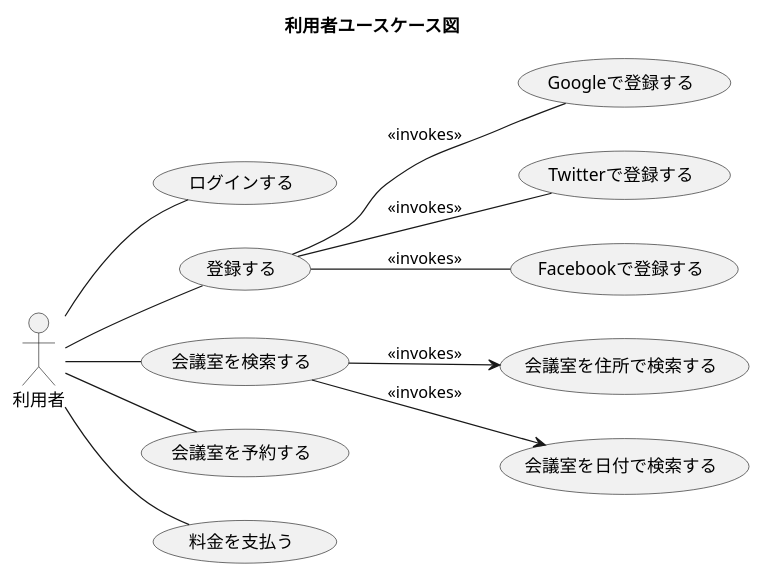
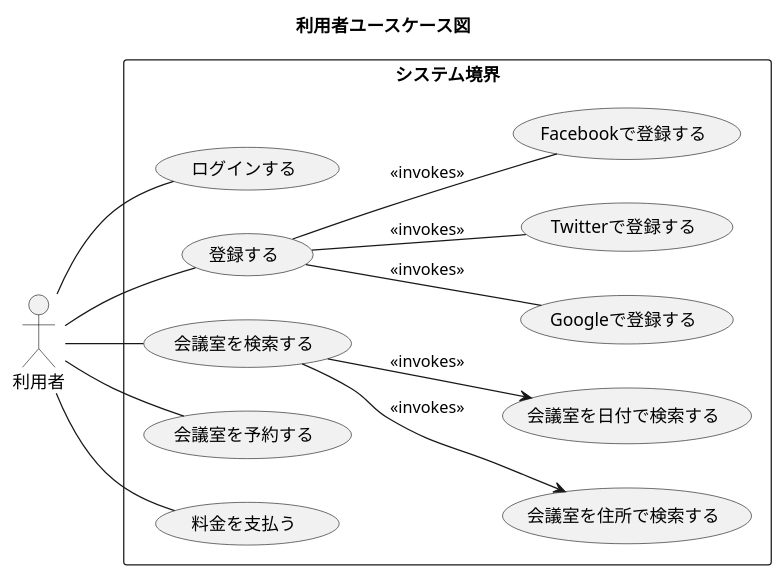
The diagram in document/2.2.0利用者ユースケース図.pu (kwhrkzk/RentalSpaceSample), drawn with PlantUML before and after one commit. The commit also changed 2 other files, not shown here.

```diff
--- a/document/2.2.0利用者ユースケース図.pu
+++ b/document/2.2.0利用者ユースケース図.pu
@@ -1,26 +1,28 @@
 @startuml
 left to right direction
 title 利用者ユースケース図
 
 actor 利用者
+rectangle システム境界 {
 usecase ログインする
 usecase 登録する
 usecase Googleで登録する
 usecase Twitterで登録する
 usecase Facebookで登録する
 usecase 会議室を検索する
 usecase 会議室を住所で検索する
 usecase 会議室を日付で検索する
 usecase 会議室を予約する
 usecase 料金を支払う
+}
 利用者 -- ログインする
 利用者 -- 登録する
 利用者 -- 会議室を検索する
 利用者 -- 会議室を予約する
 利用者 -- 料金を支払う
 会議室を検索する --> 会議室を日付で検索する : <<invokes>>
 会議室を検索する --> 会議室を住所で検索する : <<invokes>>
 登録する -- Googleで登録する : <<invokes>>
 登録する -- Twitterで登録する : <<invokes>>
 登録する -- Facebookで登録する : <<invokes>>
 @enduml
```
